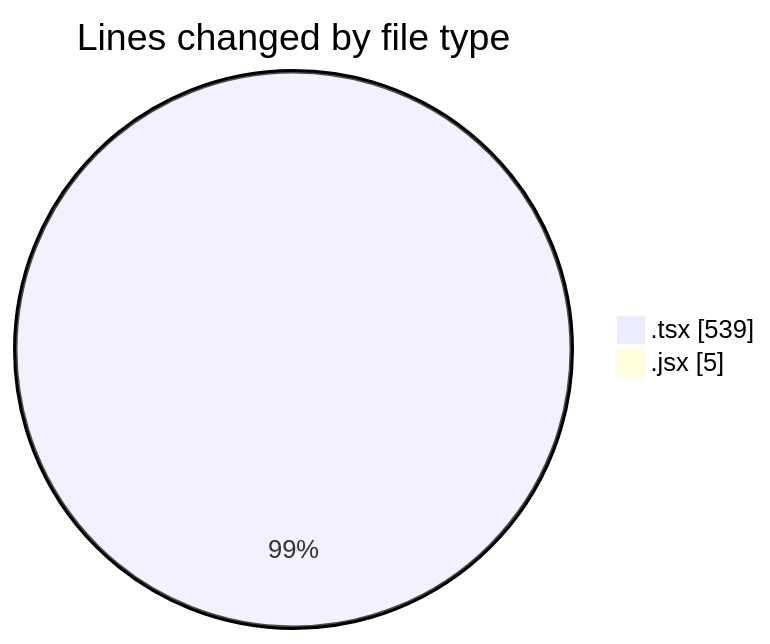
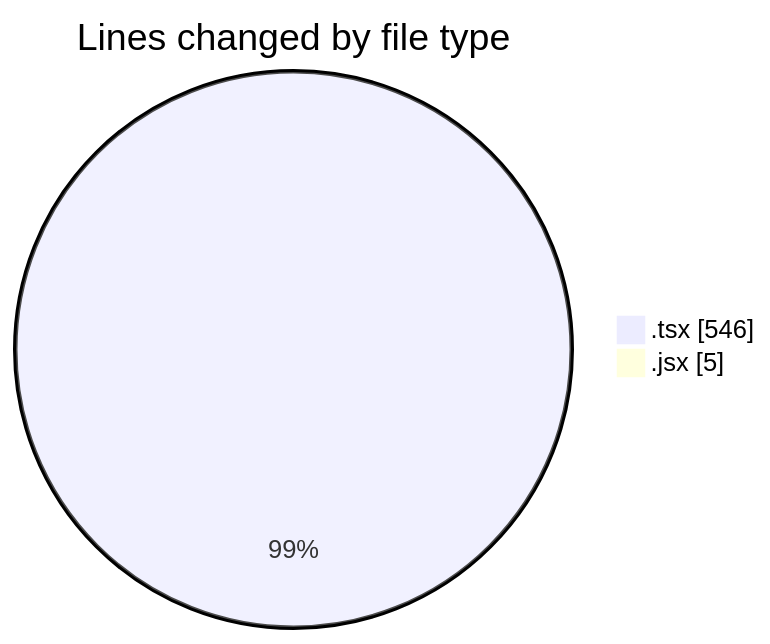
Before and after one commit to Ritupan-Deka/code-tracking: the first of 2 diagrams in 2025-10-13/scopecraft/README.md, drawn with Mermaid. The commit also changed other lines of this file and 1 other file, not shown here.

````diff
--- a/2025-10-13/scopecraft/README.md
+++ b/2025-10-13/scopecraft/README.md
@@ -28,6 +28,6 @@
 ```mermaid
 pie showData
 title Lines changed by file type
-".tsx" : 539
+".tsx" : 546
 ".jsx" : 5
 ```
````
